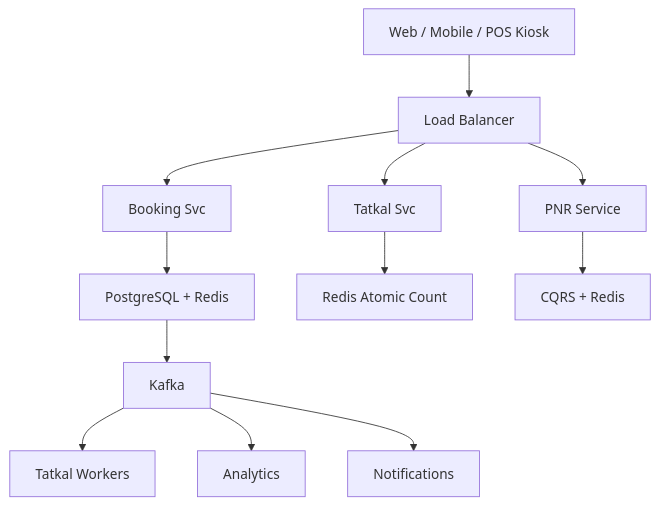
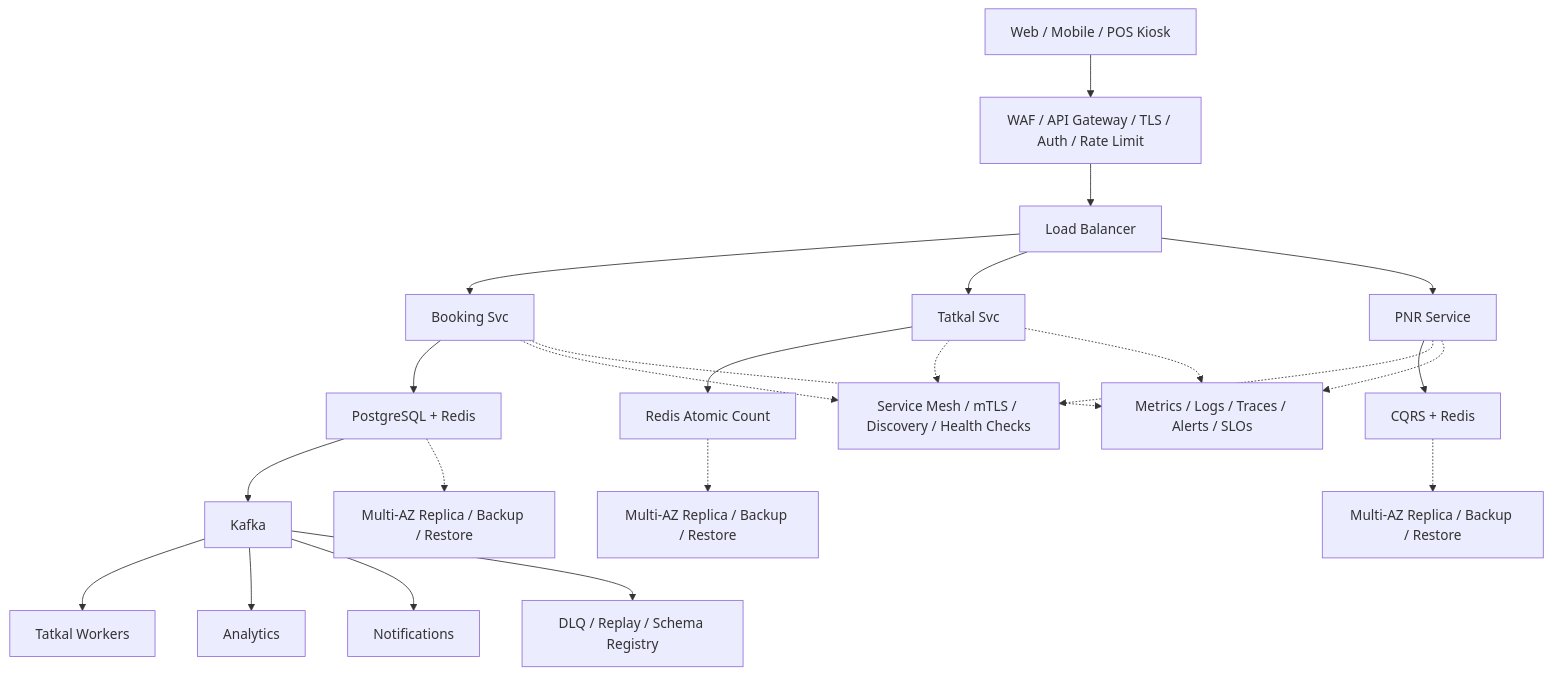
Before and after one commit to aishwary11/system-design: the diagram in system-design-irctc.md, drawn with Mermaid. The commit also changed 31 other files, not shown here.

Commit message:
Add production-grade architecture details

````diff
--- a/system-design-irctc.md
+++ b/system-design-irctc.md
@@ -47,14 +47,25 @@
 ```mermaid
 flowchart TB
-    clients["Web / Mobile / POS Kiosk"] --> lb["Load Balancer"]
+    clients["Web / Mobile / POS Kiosk"] --> edge["WAF / API Gateway / TLS / Auth / Rate Limit"]
+    edge --> lb["Load Balancer"]
     lb --> svc0["Booking Svc"]
     lb --> svc1["Tatkal Svc"]
     lb --> svc2["PNR Service"]
     svc0 --> store0["PostgreSQL + Redis"]
     svc1 --> store1["Redis Atomic Count"]
     svc2 --> store2["CQRS + Redis"]
     store0 --> stream["Kafka"]
     stream --> worker0["Tatkal Workers"]
     stream --> worker1["Analytics"]
     stream --> worker2["Notifications"]
+    svc0 -.-> platform["Service Mesh / mTLS / Discovery / Health Checks"]
+    svc1 -.-> platform
+    svc2 -.-> platform
+    store0 -.-> backup0["Multi-AZ Replica / Backup / Restore"]
+    store1 -.-> backup1["Multi-AZ Replica / Backup / Restore"]
+    store2 -.-> backup2["Multi-AZ Replica / Backup / Restore"]
+    stream --> dlq["DLQ / Replay / Schema Registry"]
+    svc0 -.-> ops["Metrics / Logs / Traces / Alerts / SLOs"]
+    svc1 -.-> ops
+    svc2 -.-> ops
 ```
````
